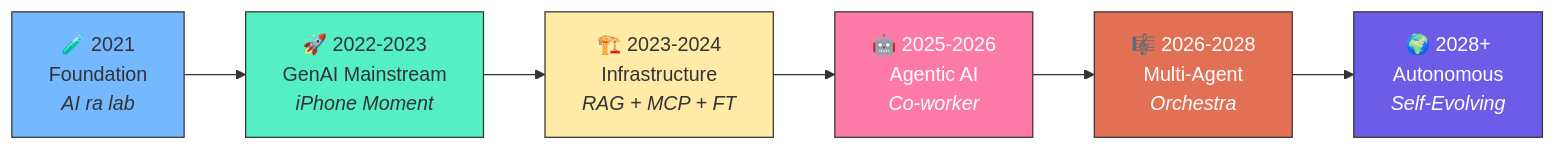
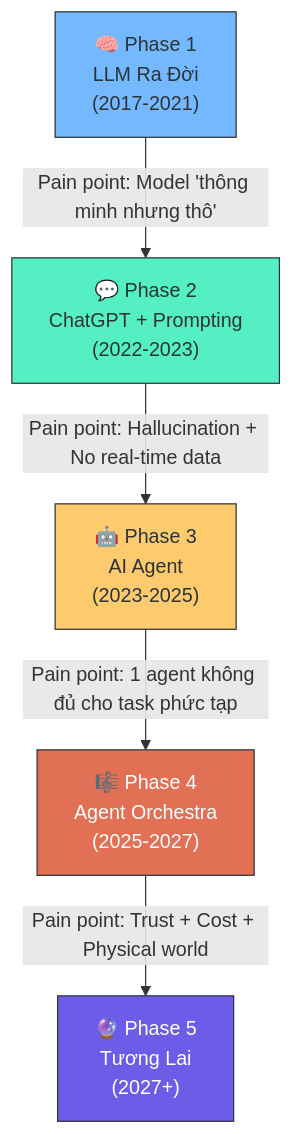
Before and after one commit to vuanhtu1993/vuanhtu1993.github.io: the first of 7 diagrams in blog/2026/04/2026-04-21-ai-tech-evolution.mdx, drawn with Mermaid. The commit also changed other lines of this file, not shown here.

````diff
--- a/blog/2026/04/2026-04-21-ai-tech-evolution.mdx
+++ b/blog/2026/04/2026-04-21-ai-tech-evolution.mdx
@@ -42,18 +45,19 @@
 ```mermaid
-graph LR
-    P1["🧪 2021<br/>Foundation<br/><i>AI ra lab</i>"]
-    P2["🚀 2022-2023<br/>GenAI Mainstream<br/><i>iPhone Moment</i>"]
-    P3["🏗️ 2023-2024<br/>Infrastructure<br/><i>RAG + MCP + FT</i>"]
-    P4["🤖 2025-2026<br/>Agentic AI<br/><i>Co-worker</i>"]
-    P5["🎼 2026-2028<br/>Multi-Agent<br/><i>Orchestra</i>"]
-    P6["🌍 2028+<br/>Autonomous<br/><i>Self-Evolving</i>"]
+flowchart TD
+    A["🧠 Phase 1\nLLM Ra Đời\n(2017-2021)"]
+    B["💬 Phase 2\nChatGPT + Prompting\n(2022-2023)"]
+    C["🤖 Phase 3\nAI Agent\n(2023-2025)"]
+    D["🎼 Phase 4\nAgent Orchestra\n(2025-2027)"]
+    E["🔮 Phase 5\nTương Lai\n(2027+)"]
 
-    P1 --> P2 --> P3 --> P4 --> P5 --> P6
+    A -->|"Pain point: Model 'thông minh nhưng thô'"| B
+    B -->|"Pain point: Hallucination + No real-time data"| C
+    C -->|"Pain point: 1 agent không đủ cho task phức tạp"| D
+    D -->|"Pain point: Trust + Cost + Physical world"| E
 
-    style P1 fill:#74b9ff,stroke:#333,color:#333
-    style P2 fill:#55efc4,stroke:#333,color:#333
-    style P3 fill:#ffeaa7,stroke:#333,color:#333
-    style P4 fill:#fd79a8,stroke:#333,color:#fff
-    style P5 fill:#e17055,stroke:#333,color:#fff
-    style P6 fill:#6c5ce7,stroke:#333,color:#fff
+    style A fill:#74b9ff,stroke:#2d3436,color:#2d3436
+    style B fill:#55efc4,stroke:#2d3436,color:#2d3436
+    style C fill:#fdcb6e,stroke:#2d3436,color:#2d3436
+    style D fill:#e17055,stroke:#2d3436,color:#fff
+    style E fill:#6c5ce7,stroke:#2d3436,color:#fff
 ```
````
